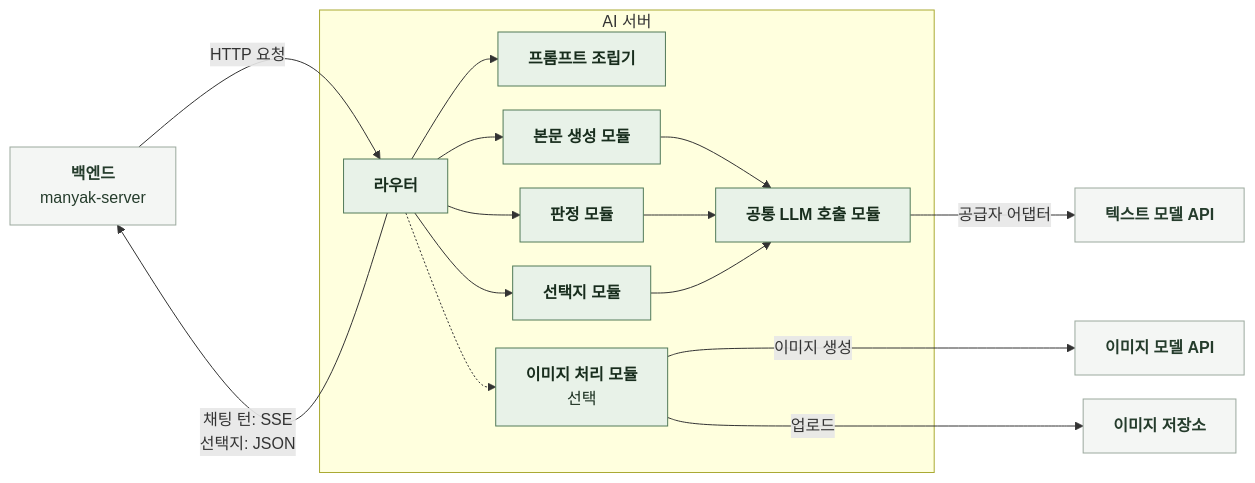
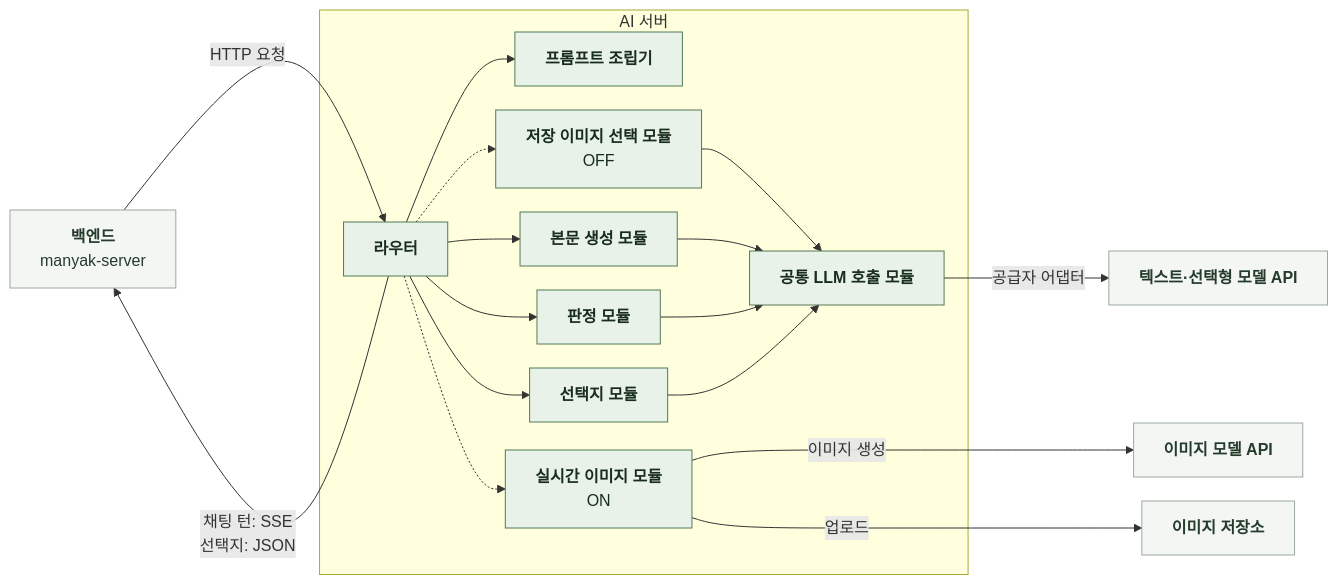
The first of 3 diagrams in docs/AI/CHAT/4-2-DESIGN-SOFTWARE-ARCHITECTURE.md (KIM-N-KANG/knk-harness), drawn with Mermaid before and after one commit. The commit also changed other lines of this file and 13 other files, not shown here.

````diff
--- a/docs/AI/CHAT/4-2-DESIGN-SOFTWARE-ARCHITECTURE.md
+++ b/docs/AI/CHAT/4-2-DESIGN-SOFTWARE-ARCHITECTURE.md
@@ -18,23 +19,25 @@
 ```mermaid
 %%{init: {"flowchart": {"curve": "basis", "htmlLabels": true, "nodeSpacing": 24, "rankSpacing": 48}}}%%
 flowchart LR
     B["<b>백엔드</b><br/>manyak-server"] -->|HTTP 요청| R["<b>라우터</b>"]
     subgraph AI["AI 서버"]
         R --> P["<b>프롬프트 조립기</b>"]
         R --> C["<b>본문 생성 모듈</b>"]
         R --> J["<b>판정 모듈</b>"]
         R --> S["<b>선택지 모듈</b>"]
-        R -.-> I["<b>이미지 처리 모듈</b><br/>선택"]
+        R -.-> I["<b>실시간 이미지 모듈</b><br/>ON"]
+        R -.-> X["<b>저장 이미지 선택 모듈</b><br/>OFF"]
+        X --> L
         C --> L["<b>공통 LLM 호출 모듈</b>"]
         J --> L
         S --> L
     end
-    L -->|공급자 어댑터| M["<b>텍스트 모델 API</b>"]
+    L -->|공급자 어댑터| M["<b>텍스트·선택형 모델 API</b>"]
     I --->|이미지 생성| G["<b>이미지 모델 API</b>"]
     I --->|업로드| U["<b>이미지 저장소</b>"]
     R -->|채팅 턴: SSE<br/>선택지: JSON| B
     classDef ext fill:#F4F6F4,stroke:#9BA99E,color:#253C2C
     classDef comp fill:#E8F2E8,stroke:#527A59,color:#182D1D
     class B,M,G,U ext
-    class R,P,C,J,S,I,L comp
+    class R,P,C,J,S,I,X,L comp
 ```
````
